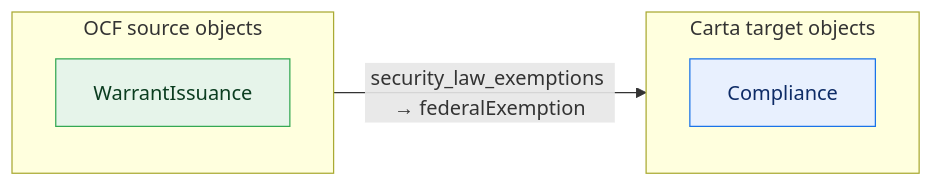
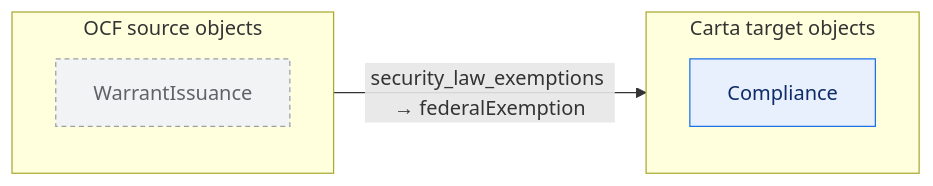
One commit to Open-Cap-Table-Coalition/OCF-Composed-Schemas changed diagram 34 of 35 in docs/core-lossy-inventory.md. Above: the diagram before and after it, drawn with Mermaid. The commit also changed other lines of this file and 16 other files, not shown here.

````diff
--- a/docs/core-lossy-inventory.md
+++ b/docs/core-lossy-inventory.md
@@ -651,16 +675,16 @@
 ```mermaid
 flowchart LR
   classDef adm fill:#e6f4ea,stroke:#34a853,color:#0b3d20;
   classDef notadm fill:#f1f3f4,stroke:#9aa0a6,color:#5f6368,stroke-dasharray:4 3;
   classDef carta fill:#e8f0fe,stroke:#1a73e8,color:#0d2b66;
   classDef sink fill:#fce8e6,stroke:#d93025,color:#5c0d06;
   subgraph SRC["OCF source objects"]
     direction TB
-    o0["WarrantIssuance"]:::adm
+    o0["WarrantIssuance"]:::notadm
   end
   subgraph TGT["Carta target objects"]
     direction TB
     t0["Compliance"]:::carta
   end
   o0 -->|"security_law_exemptions → federalExemption"| t0
 ```
````
